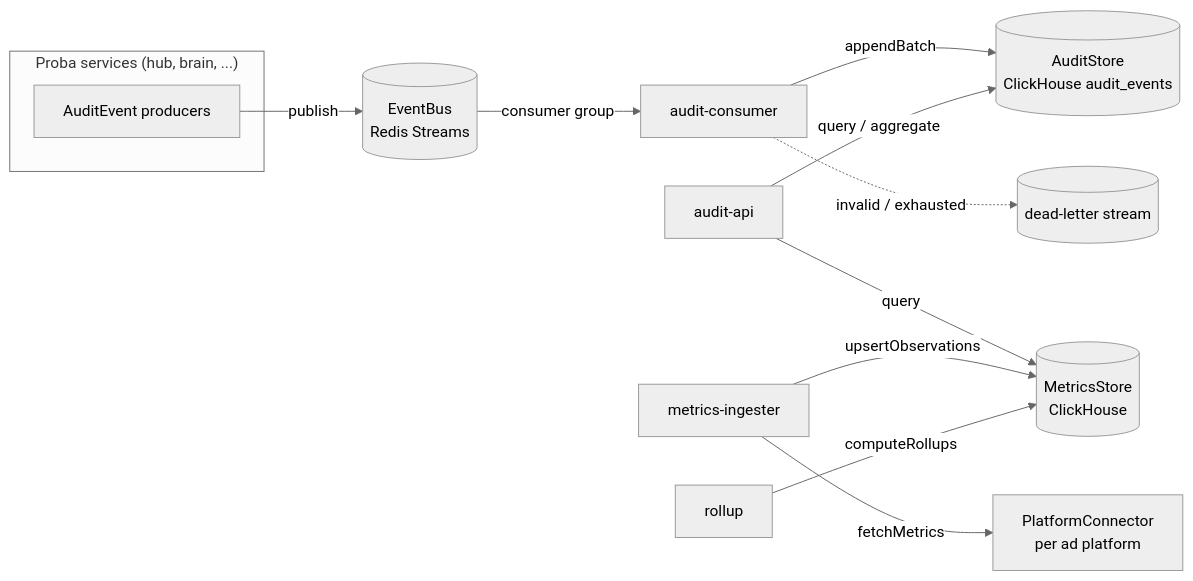
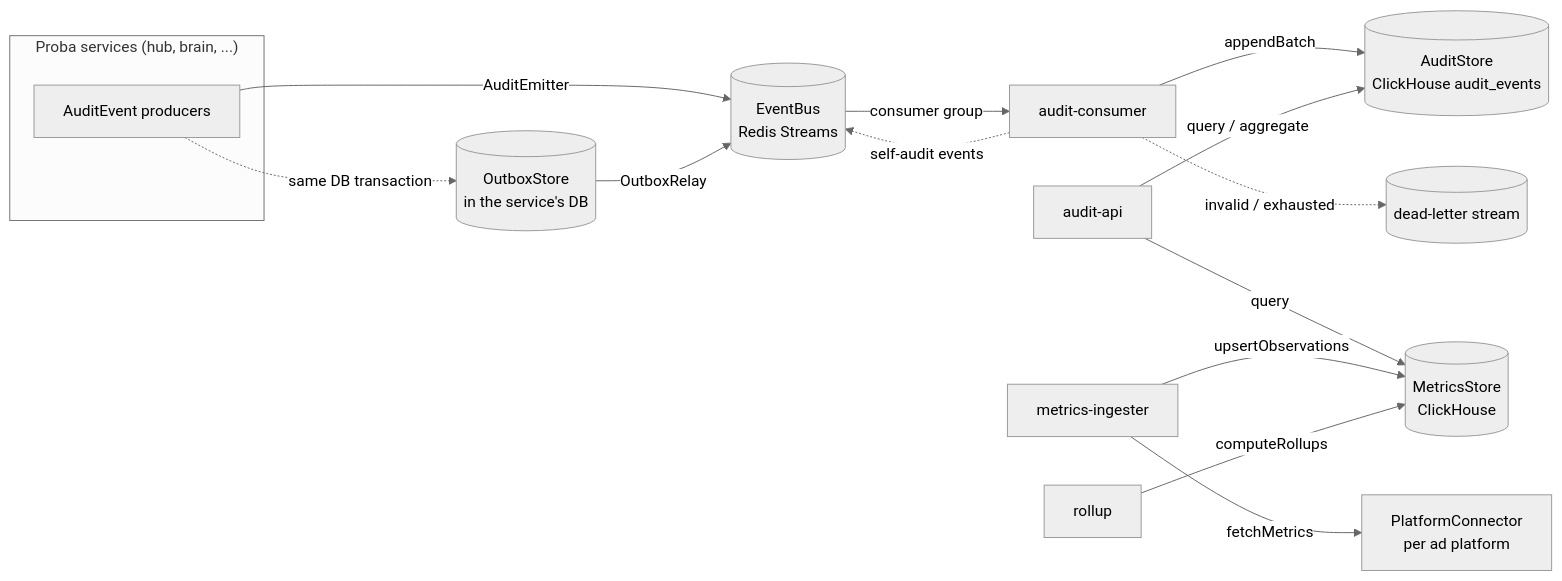
The diagram in docs/ARCHITECTURE.md (smallseedlabs/proba-audit), drawn with Mermaid (neutral theme) before and after one commit. The commit also changed other lines of this file and 49 other files, not shown here.

First line of the commit message:
feat: audit emitter, outbox, hash chain and audit-consumer pipeline (#3)

````diff
--- a/docs/ARCHITECTURE.md
+++ b/docs/ARCHITECTURE.md
@@ -33,15 +34,18 @@
 ```mermaid
 flowchart LR
   subgraph Services["Proba services (hub, brain, ...)"]
     P[AuditEvent producers]
   end
-  P -- publish --> BUS[(EventBus<br/>Redis Streams)]
+  P -- AuditEmitter --> BUS[(EventBus<br/>Redis Streams)]
+  P -. same DB transaction .-> OB[(OutboxStore<br/>in the service's DB)]
+  OB -- OutboxRelay --> BUS
   BUS -- consumer group --> C[audit-consumer]
+  C -. self-audit events .-> BUS
   C -- appendBatch --> AS[(AuditStore<br/>ClickHouse audit_events)]
   C -. invalid / exhausted .-> DLQ[(dead-letter stream)]
   API[audit-api] -- query / aggregate --> AS
   API -- query --> MS[(MetricsStore<br/>ClickHouse)]
   ING[metrics-ingester] -- fetchMetrics --> PC[PlatformConnector<br/>per ad platform]
   ING -- upsertObservations --> MS
   R[rollup] -- computeRollups --> MS
 ```
````
